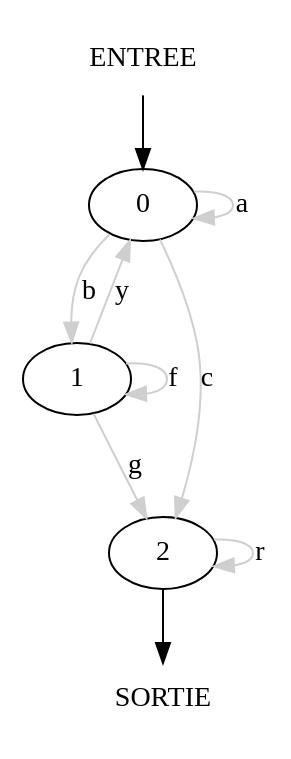
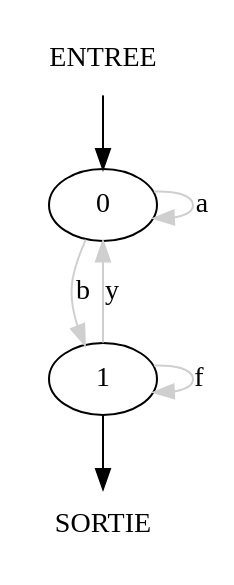
Before and after one commit to Y7T007/PROJECT_THL_GI: the diagram in cmake-build-debug/ff2.dot, drawn with Graphviz. The commit also changed 8 other files, not shown here.

```diff
--- a/cmake-build-debug/ff2.dot
+++ b/cmake-build-debug/ff2.dot
@@ -1,15 +1,11 @@
 digraph test_graph{
 e[ label="ENTREE" shape=none]
 s[ label="SORTIE" shape=none]
 0 [label="0"]
-1 [label="1"]
-2 [label="2"];
+1 [label="1"];
 e -> 0  ;
 0 -> 0 [label="a" color=grey81 ] 
 0 -> 1 [label="b" color=grey81 ] 
-0 -> 2 [label="c" color=grey81 ] 
+1 -> s ;
 1 -> 0 [label="y" color=grey81 ] 
-1 -> 1 [label="f" color=grey81 ] 
-1 -> 2 [label="g" color=grey81 ] 
-2 -> s ;
-2 -> 2 [label="r" color=grey81 ] }
+1 -> 1 [label="f" color=grey81 ] }
```
